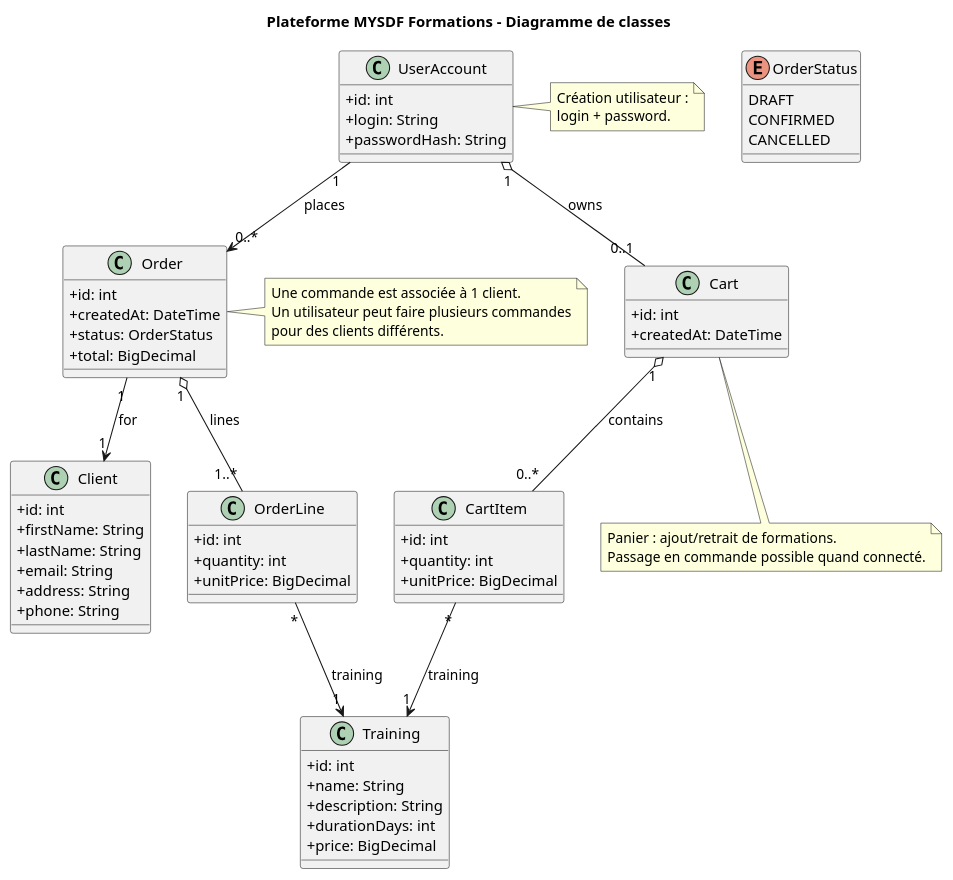
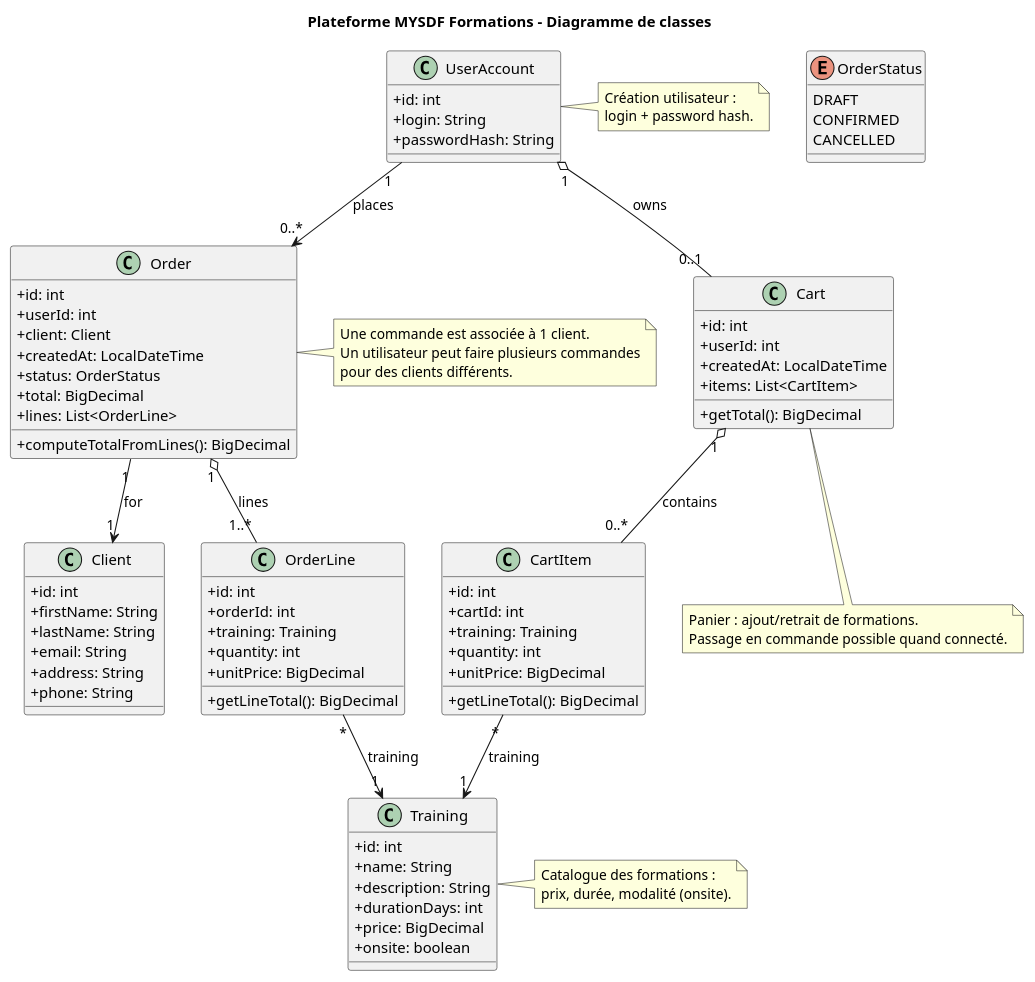
The diagram in src/main/resources/uml/classDiagram.puml (MarieLorraineFMS/eval-java), drawn with PlantUML before and after one commit. The commit also changed 3 other files, not shown here.

```diff
--- a/src/main/resources/uml/classDiagram.puml
+++ b/src/main/resources/uml/classDiagram.puml
@@ -1,93 +1,112 @@
 @startuml Class Diagram
 title Plateforme MYSDF Formations - Diagramme de classes
 skinparam classAttributeIconSize 0
 
 ' ====== Enums ======
 enum OrderStatus {
   DRAFT
   CONFIRMED
   CANCELLED
 }
 
 ' ====== Entities ======
 class Training {
   +id: int
   +name: String
   +description: String
   +durationDays: int
   +price: BigDecimal
+  +onsite: boolean
 }
 
 class UserAccount {
   +id: int
   +login: String
   +passwordHash: String
 }
 
 class Client {
   +id: int
   +firstName: String
   +lastName: String
   +email: String
   +address: String
   +phone: String
 }
 
 class Cart {
   +id: int
-  +createdAt: DateTime
+  +userId: int
+  +createdAt: LocalDateTime
+  +items: List<CartItem>
+  +getTotal(): BigDecimal
 }
 
 class CartItem {
   +id: int
+  +cartId: int
+  +training: Training
   +quantity: int
   +unitPrice: BigDecimal
+  +getLineTotal(): BigDecimal
 }
 
 class Order {
   +id: int
-  +createdAt: DateTime
+  +userId: int
+  +client: Client
+  +createdAt: LocalDateTime
   +status: OrderStatus
   +total: BigDecimal
+  +lines: List<OrderLine>
+  +computeTotalFromLines(): BigDecimal
 }
 
 class OrderLine {
   +id: int
+  +orderId: int
+  +training: Training
   +quantity: int
   +unitPrice: BigDecimal
+  +getLineTotal(): BigDecimal
 }
 
 ' ====== Associations ======
 ' A logged-in user can have an active cart
 UserAccount "1" o-- "0..1" Cart : owns
 
 Cart "1" o-- "0..*" CartItem : contains
 CartItem "*" --> "1" Training : training
 
 ' Orders : a user can place many orders
 UserAccount "1" --> "0..*" Order : places
 
 ' Each order is for one client
 Order "1" --> "1" Client : for
 
 Order "1" o-- "1..*" OrderLine : lines
 OrderLine "*" --> "1" Training : training
 
 ' ====== Notes ======
 note right of UserAccount
 Création utilisateur :
-login + password.
+login + password hash.
+end note
+
+note right of Training
+Catalogue des formations :
+prix, durée, modalité (onsite).
 end note
 
 note right of Order
 Une commande est associée à 1 client.
 Un utilisateur peut faire plusieurs commandes
 pour des clients différents.
 end note
 
 note bottom of Cart
 Panier : ajout/retrait de formations.
 Passage en commande possible quand connecté.
 end note
 
 @enduml
```
